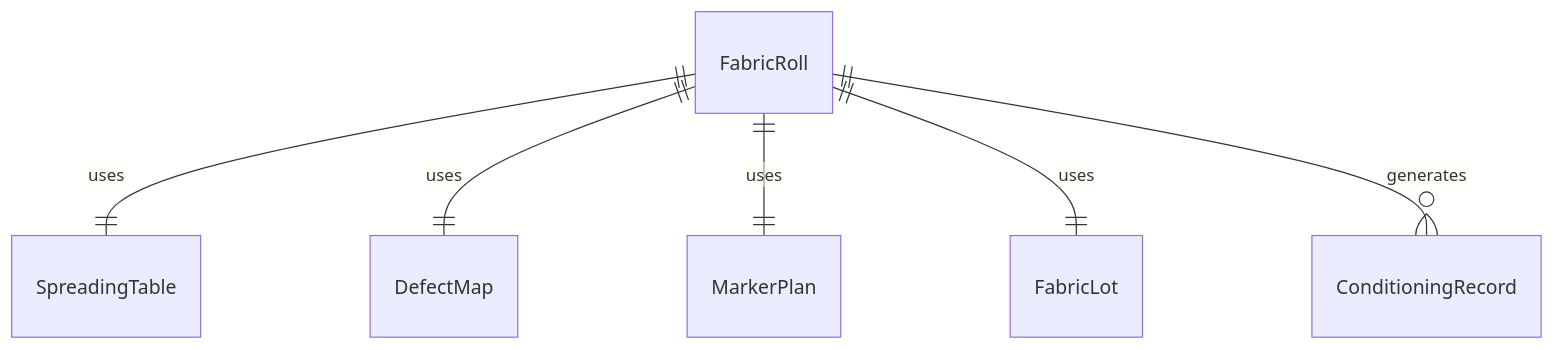
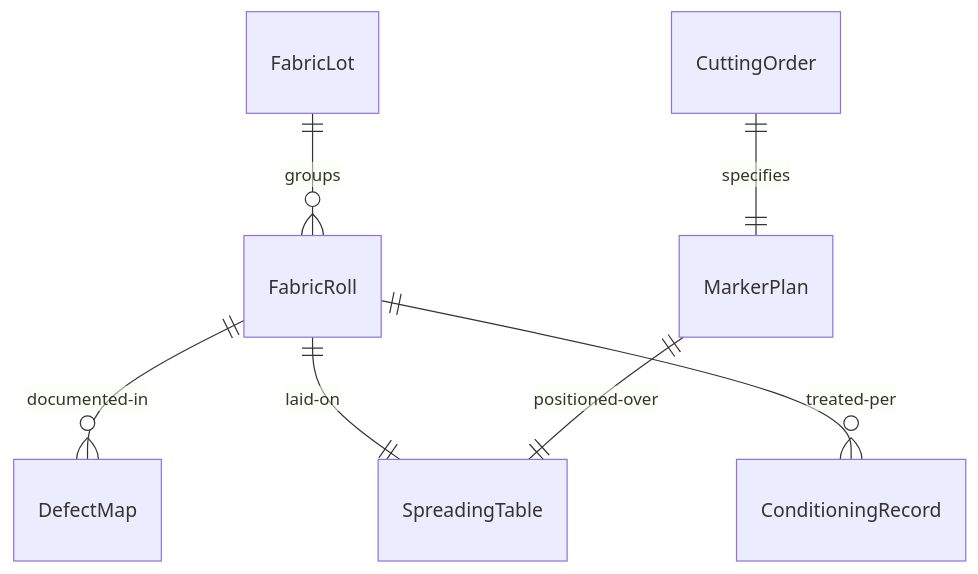
The first of 4 diagrams in HandlingAndMovingObjects/PrepareIndustrialMaterialsForProcessingOrUse/PrepareFabricsMaterialsProcessingProduction.mdx (dot-org-ai/tasks.org.ai), drawn with Mermaid before and after one commit. The commit also changed other lines of this file and 515 other files, not shown here.

````diff
--- a/HandlingAndMovingObjects/PrepareIndustrialMaterialsForProcessingOrUse/PrepareFabricsMaterialsProcessingProduction.mdx
+++ b/HandlingAndMovingObjects/PrepareIndustrialMaterialsForProcessingOrUse/PrepareFabricsMaterialsProcessingProduction.mdx
@@ -88,8 +88,9 @@
 ```mermaid
 erDiagram
-    FabricRoll ||--|| SpreadingTable : "uses"
-    FabricRoll ||--|| DefectMap : "uses"
-    FabricRoll ||--|| MarkerPlan : "uses"
-    FabricRoll ||--|| FabricLot : "uses"
-    FabricRoll ||--o{ ConditioningRecord : "generates"
+    FabricLot ||--o{ FabricRoll : "groups"
+    FabricRoll ||--o{ DefectMap : "documented-in"
+    FabricRoll ||--|| SpreadingTable : "laid-on"
+    MarkerPlan ||--|| SpreadingTable : "positioned-over"
+    FabricRoll ||--o{ ConditioningRecord : "treated-per"
+    CuttingOrder ||--|| MarkerPlan : "specifies"
 ```
````
